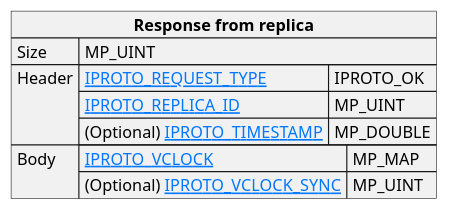
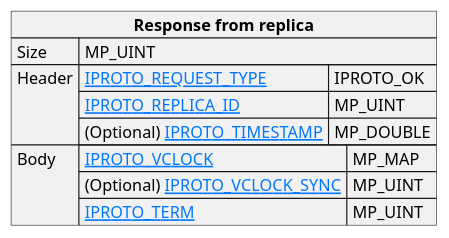
The diagram in doc/dev_guide/internals/iproto/images/repl_heartbeat_response.puml (tarantool/doc), drawn with PlantUML before and after one commit. The commit also changed 5 other files, not shown here.

Commit message:
Add IPROTO_BALLOT_ keys, update IPROTO_TERM

```diff
--- a/doc/dev_guide/internals/iproto/images/repl_heartbeat_response.puml
+++ b/doc/dev_guide/internals/iproto/images/repl_heartbeat_response.puml
@@ -1,23 +1,24 @@
 @startuml
 
 skinparam {
     HyperlinkColor #0077FF
     FontColor #313131
     BorderColor #313131
     BackgroundColor transparent
 }
 
 json "**Response from replica**" as heartbeat_response {
     "Size": "MP_UINT",
     "Header": {
       "[[https://tarantool.io/en/doc/latest/dev_guide/internals/iproto/key/#general IPROTO_REQUEST_TYPE]]": "IPROTO_OK",
       "[[https://tarantool.io/en/doc/latest/dev_guide/internals/iproto/keys/#general-replication IPROTO_REPLICA_ID]]": "MP_UINT",
       "(Optional) [[https://tarantool.io/en/doc/latest/dev_guide/internals/iproto/keys/#general IPROTO_TIMESTAMP]]": "MP_DOUBLE"
     },
     "Body": {
       "[[https://tarantool.io/en/doc/latest/dev_guide/internals/iproto/keys/#general-replication IPROTO_VCLOCK]]": "MP_MAP",
-      "(Optional) [[https://tarantool.io/en/doc/latest/dev_guide/internals/iproto/keys/#general-replication IPROTO_VCLOCK_SYNC]]": "MP_UINT"
+      "(Optional) [[https://tarantool.io/en/doc/latest/dev_guide/internals/iproto/keys/#general IPROTO_VCLOCK_SYNC]]": "MP_UINT",
+      "[[https://tarantool.io/en/doc/latest/dev_guide/internals/iproto/keys/#synchronous-replication IPROTO_TERM]]": "MP_UINT"
     }
 }
 
 @enduml
```
